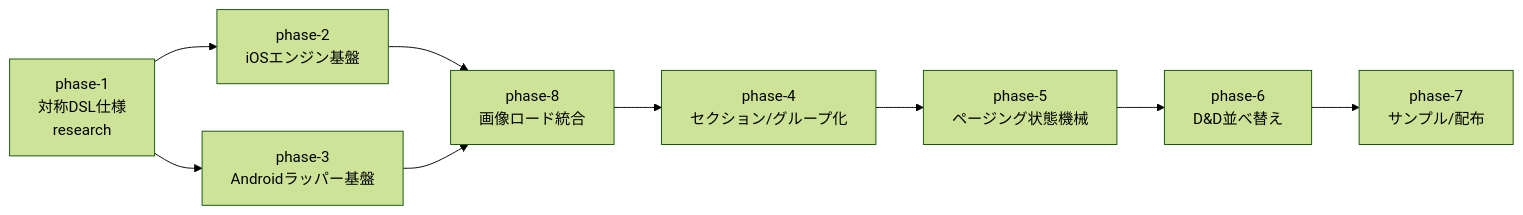
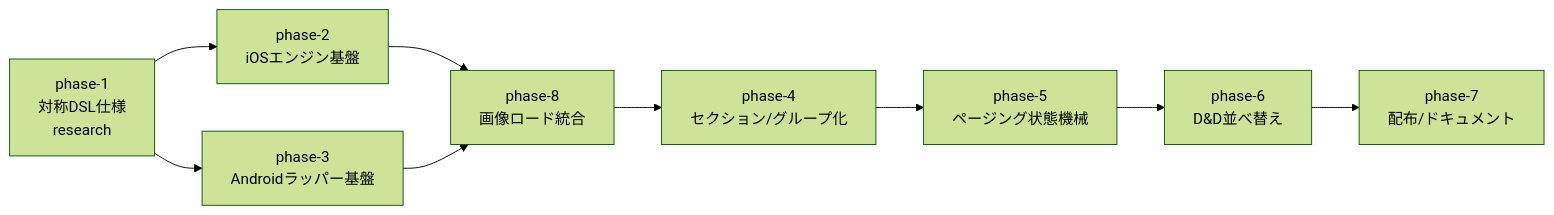
Before and after one commit to kamusoft/KsCollectionView: the diagram in kasane/roadmaps/v1-foundation/roadmap.md, drawn with Mermaid (forest theme). The commit also changed other lines of this file and 27 other files, not shown here.

````diff
--- a/kasane/roadmaps/v1-foundation/roadmap.md
+++ b/kasane/roadmaps/v1-foundation/roadmap.md
@@ -32,11 +36,11 @@
 ```mermaid
 graph LR
     P1[phase-1<br/>対称DSL仕様<br/>research] --> P2[phase-2<br/>iOSエンジン基盤]
     P1 --> P3[phase-3<br/>Androidラッパー基盤]
     P2 --> P8[phase-8<br/>画像ロード統合]
     P3 --> P8
     P8 --> P4[phase-4<br/>セクション/グループ化]
     P4 --> P5[phase-5<br/>ページング状態機械]
     P5 --> P6[phase-6<br/>D&D並べ替え]
-    P6 --> P7[phase-7<br/>サンプル/配布]
+    P6 --> P7[phase-7<br/>配布/ドキュメント]
 ```
````
